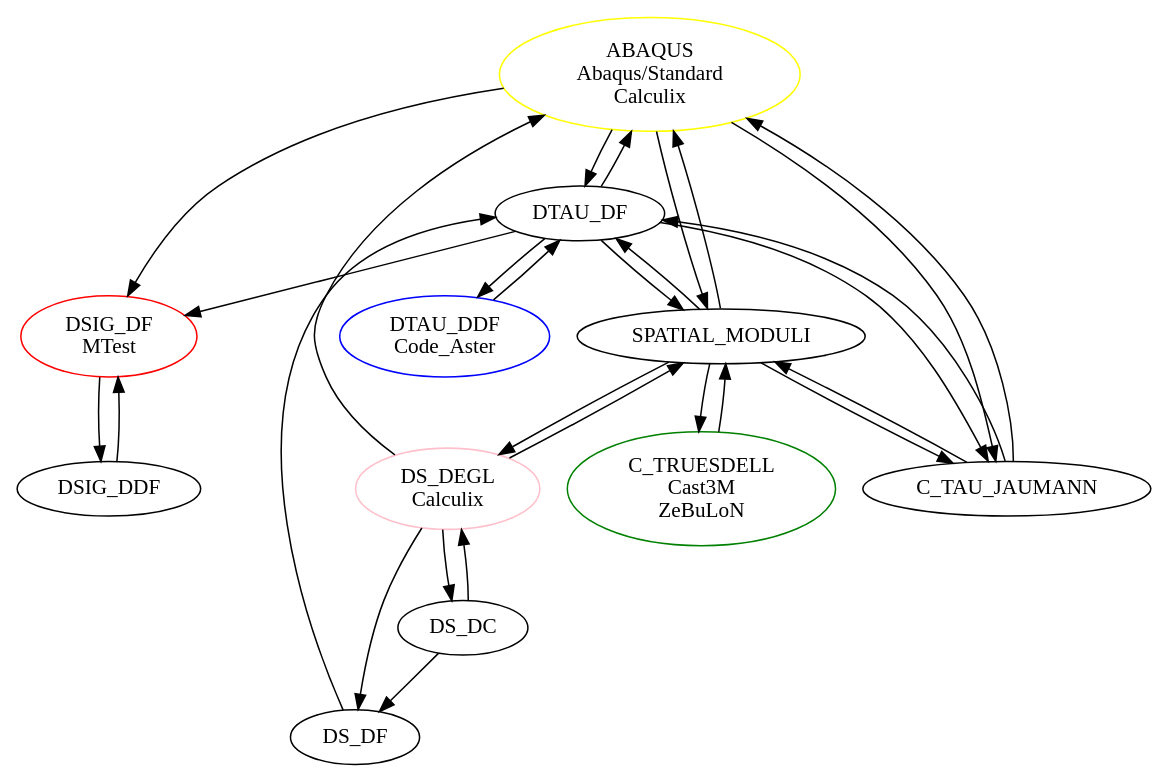
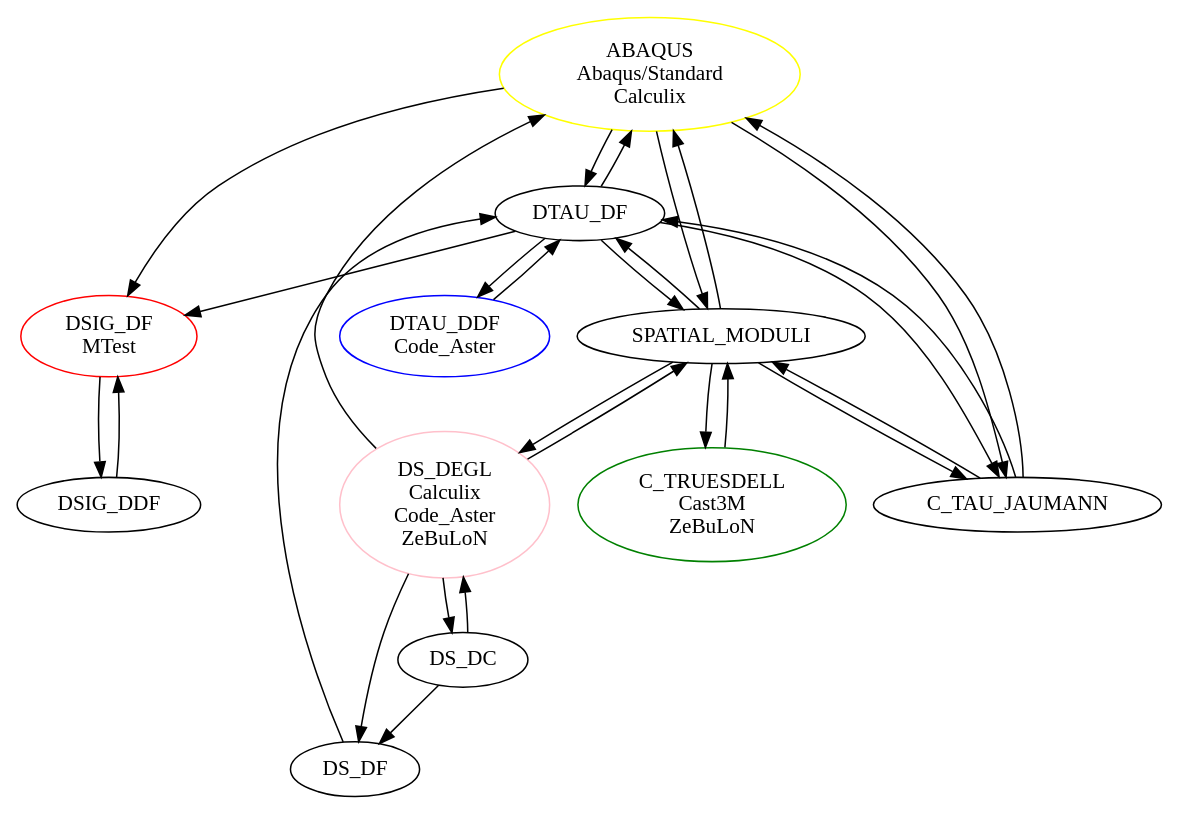
Before and after one commit to thelfer/tfel: the diagram in docs/web/img/FiniteStrainTangentOperatorConvertion.dot, drawn with Graphviz. The commit also changed 4 other files, not shown here.

```diff
--- a/docs/web/img/FiniteStrainTangentOperatorConvertion.dot
+++ b/docs/web/img/FiniteStrainTangentOperatorConvertion.dot
@@ -1,36 +1,36 @@
 digraph tangent_operator_converter {
   graph [size="800"]
   DSIG_DF     [label="DSIG_DF\nMTest",color=red];
   C_TRUESDELL [label="C_TRUESDELL\nCast3M\nZeBuLoN",color=green];
   DTAU_DDF    [label="DTAU_DDF\nCode_Aster",color=blue];
   ABAQUS      [label="ABAQUS\nAbaqus/Standard\nCalculix",color=yellow];
-  DS_DEGL     [label="DS_DEGL\nCalculix",color=pink];
+  DS_DEGL     [label="DS_DEGL\nCalculix\nCode_Aster\nZeBuLoN",color=pink];
   DS_DF -> DTAU_DF;
   DTAU_DF -> C_TAU_JAUMANN;
   DTAU_DF -> SPATIAL_MODULI;
   DTAU_DF -> ABAQUS;
   DTAU_DF -> DSIG_DF;
   DTAU_DF -> DTAU_DDF;
   DTAU_DDF -> DTAU_DF;
   SPATIAL_MODULI -> C_TRUESDELL;
   SPATIAL_MODULI -> ABAQUS;
   SPATIAL_MODULI -> DS_DEGL;
   SPATIAL_MODULI -> DTAU_DF;
   SPATIAL_MODULI -> C_TAU_JAUMANN;
   DSIG_DF -> DSIG_DDF;
   DSIG_DDF -> DSIG_DF;
   DS_DEGL -> DS_DC;
   DS_DEGL -> SPATIAL_MODULI;
   DS_DEGL -> ABAQUS;
   DS_DEGL -> DS_DF;
   DS_DC -> DS_DF;
   DS_DC -> DS_DEGL;
   C_TRUESDELL -> SPATIAL_MODULI;
   ABAQUS -> SPATIAL_MODULI;
   ABAQUS -> C_TAU_JAUMANN;
   ABAQUS -> DSIG_DF;
   ABAQUS -> DTAU_DF;
   C_TAU_JAUMANN -> ABAQUS;
   C_TAU_JAUMANN -> DTAU_DF;
   C_TAU_JAUMANN -> SPATIAL_MODULI;
 }
```
